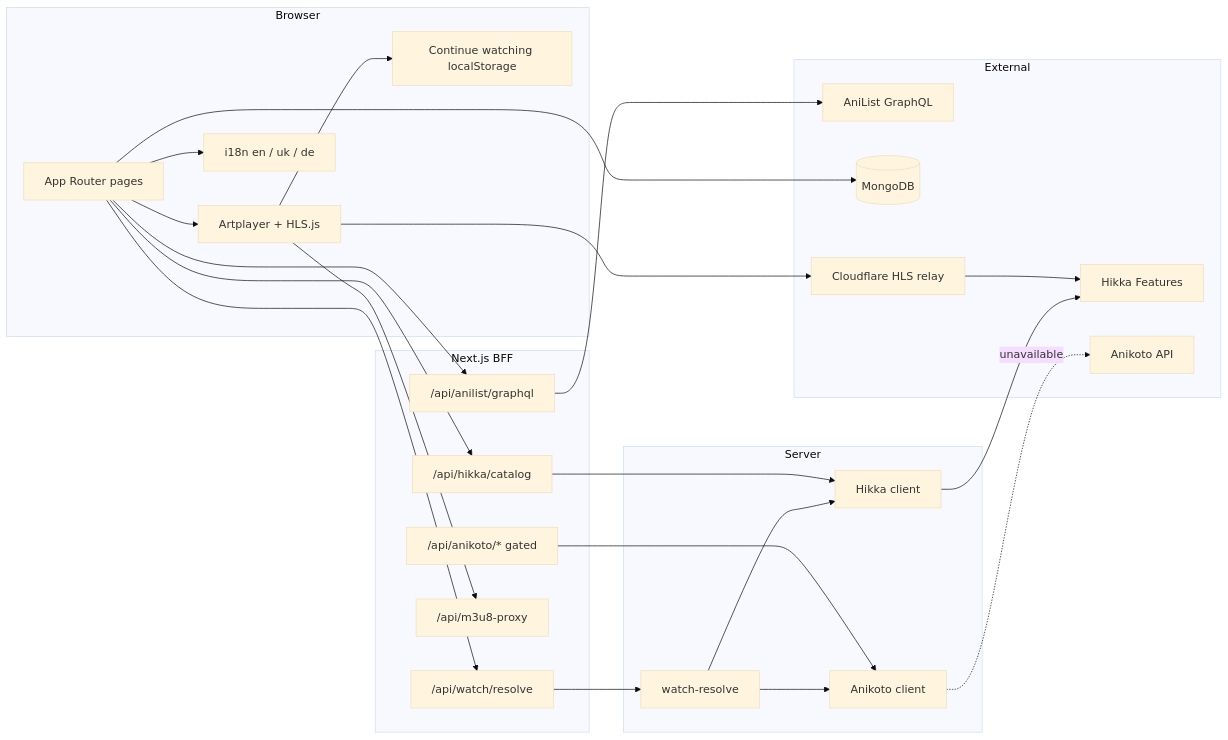
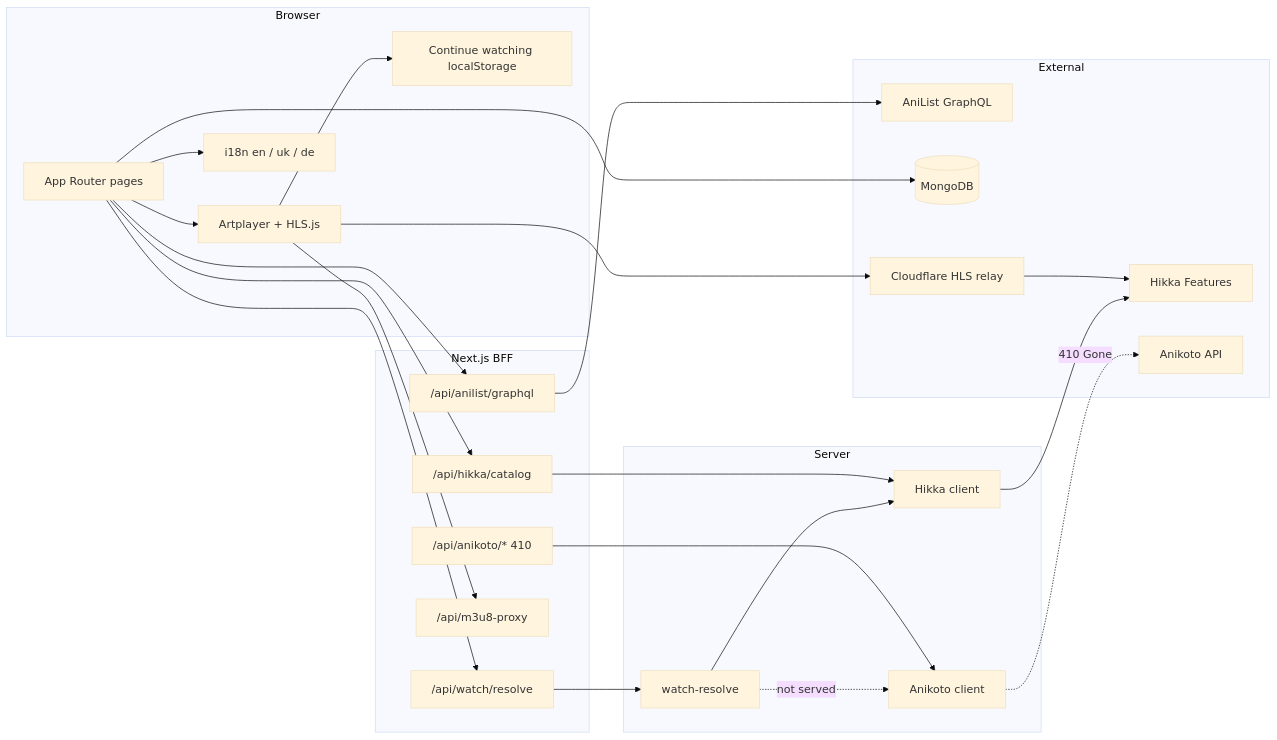
The second of 2 diagrams in README.md (Pashahu1/OtakuFusion), drawn with Mermaid (base theme) before and after one commit. The commit also changed other lines of this file and 9 other files, not shown here.

Commit message:
chore: retire Anikoto BFF with 410 Gone

````diff
--- a/README.md
+++ b/README.md
@@ -151,50 +145,50 @@
 ```mermaid
 flowchart LR
   subgraph client [Browser]
     Pages[App Router pages]
     Player[Artplayer + HLS.js]
     I18n[i18n en / uk / de]
     CW[Continue watching localStorage]
     Pages --> Player
     Pages --> I18n
     Player --> CW
   end
 
   subgraph bff [Next.js BFF]
     Resolve["/api/watch/resolve"]
     HikkaCatalog["/api/hikka/catalog"]
-    AnikotoBFF["/api/anikoto/* gated"]
+    AnikotoBFF["/api/anikoto/* 410"]
     Proxy["/api/m3u8-proxy"]
     AniListAPI["/api/anilist/graphql"]
   end
 
   subgraph server [Server]
     WR[watch-resolve]
     HikkaClient[Hikka client]
     AnikotoClient[Anikoto client]
     WR --> HikkaClient
-    WR --> AnikotoClient
+    WR -.->|not served| AnikotoClient
   end
 
   subgraph external [External]
     HikkaAPI[Hikka Features]
     AnikotoAPI[Anikoto API]
     AniList[AniList GraphQL]
     DB[(MongoDB)]
     Relay[Cloudflare HLS relay]
   end
 
   Pages --> Resolve
   Pages --> HikkaCatalog
   Pages --> AniListAPI
   Player --> Proxy
   Player --> Relay
   Resolve --> WR
   HikkaCatalog --> HikkaClient
   AnikotoBFF --> AnikotoClient
   HikkaClient --> HikkaAPI
-  AnikotoClient -.->|unavailable| AnikotoAPI
+  AnikotoClient -.->|410 Gone| AnikotoAPI
   Relay --> HikkaAPI
   Pages --> DB
   AniListAPI --> AniList
 ```
````
